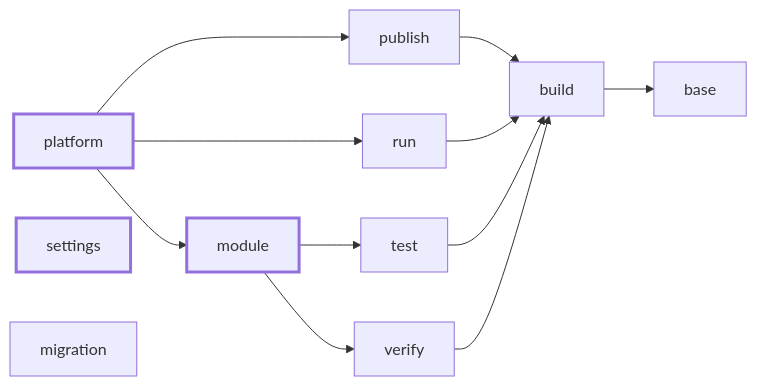
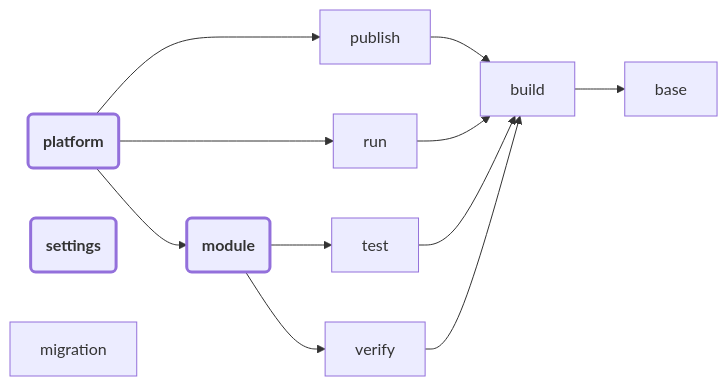
The diagram in topics/appendix/tools/intellij_platform_gradle_plugin/tools_intellij_platform_gradle_plugin_plugins.md (JetBrains/intellij-sdk-docs), drawn with Mermaid before and after one commit. The commit also changed other lines of this file, not shown here.

Commit message:
tools_intellij_platform_gradle_plugin_plugins.md: graph minor

````diff
--- a/topics/appendix/tools/intellij_platform_gradle_plugin/tools_intellij_platform_gradle_plugin_plugins.md
+++ b/topics/appendix/tools/intellij_platform_gradle_plugin/tools_intellij_platform_gradle_plugin_plugins.md
@@ -22,37 +22,37 @@
 ```mermaid
 flowchart LR
-    platform
-    module
-    settings
+    platform("<b>platform</b>")
+    module("<b>module</b>")
+    settings("<b>settings</b>")
     migration
 
     base
     build
     test
     verify
     run
     publish
 
     build --> base
     publish --> build
     run --> build
     test --> build
     verify --> build
     module --> test & verify
     platform --> publish & run & module
 
     click platform "#platform"
     click module "#module"
     click settings "#settings"
     click migration "#migration"
     click base "#base"
     click build "#build"
     click test "#test"
     click verify "#verify"
     click run "#run"
     click publish "#publish"
 
-    style platform stroke-width:3px
-    style module stroke-width:3px
-    style settings stroke-width:3px
+    style platform stroke-width: 3px
+    style module stroke-width: 3px
+    style settings stroke-width: 3px
 ```
````
